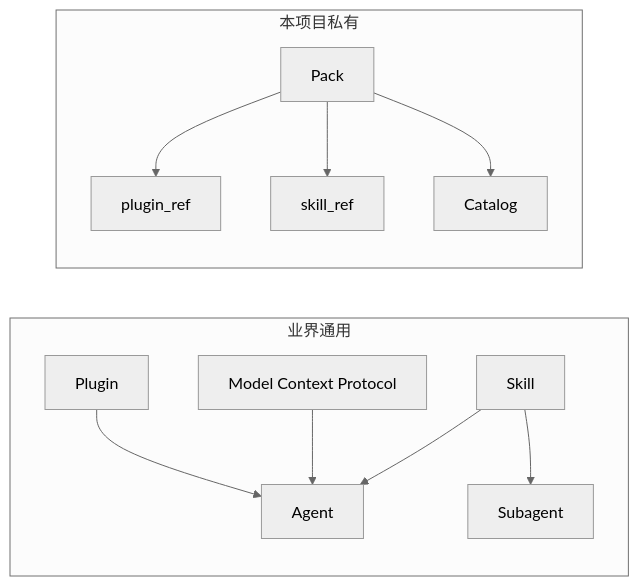
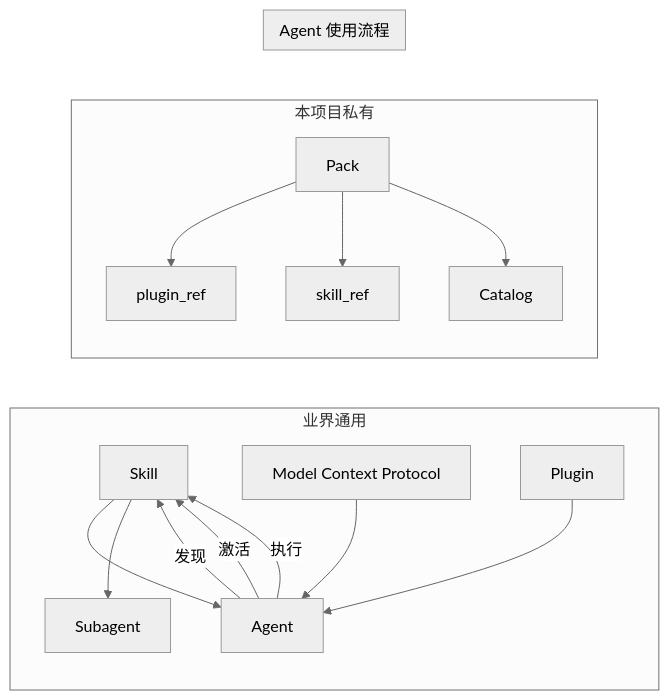
One commit to devbolin/skills changed the diagram in docs/CONCEPTS.md. Above: the diagram before and after it, drawn with Mermaid (neutral theme). The commit also changed other lines of this file and 2 other files, not shown here.

````diff
--- a/docs/CONCEPTS.md
+++ b/docs/CONCEPTS.md
@@ -277,25 +289,32 @@
 ```mermaid
 flowchart LR
   subgraph 业界通用
     S[Skill]
     A[Agent]
     SA[Subagent]
     MCP[Model Context Protocol]
     P[Plugin]
   end
 
   subgraph 本项目私有
     PACK[Pack]
     CAT[Catalog]
     PR[plugin_ref]
     SR[skill_ref]
   end
 
   PACK --> PR
   PACK --> SR
   PACK --> CAT
+
+  subgraph Agent 使用流程
+    A -->|发现| S
+    A -->|激活| S
+    A -->|执行| S
+  end
+
   S --> A
   S --> SA
   MCP --> A
   P --> A
 ```
````
